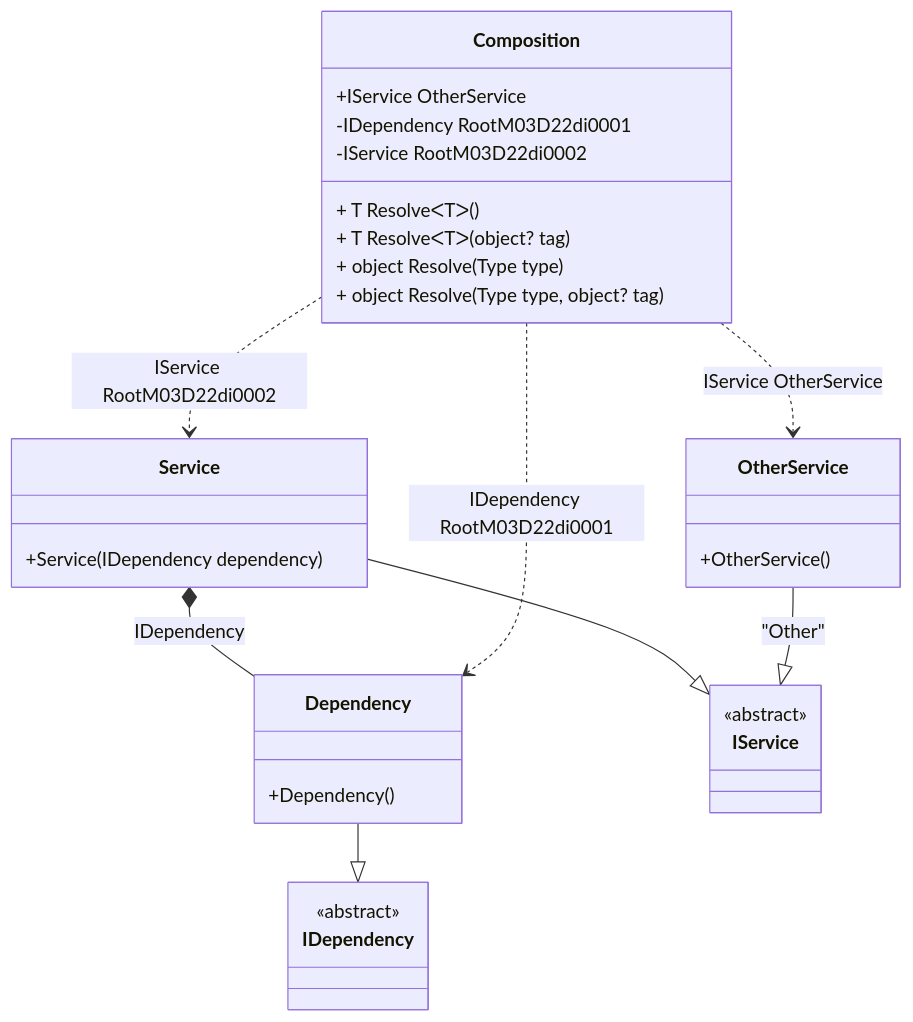
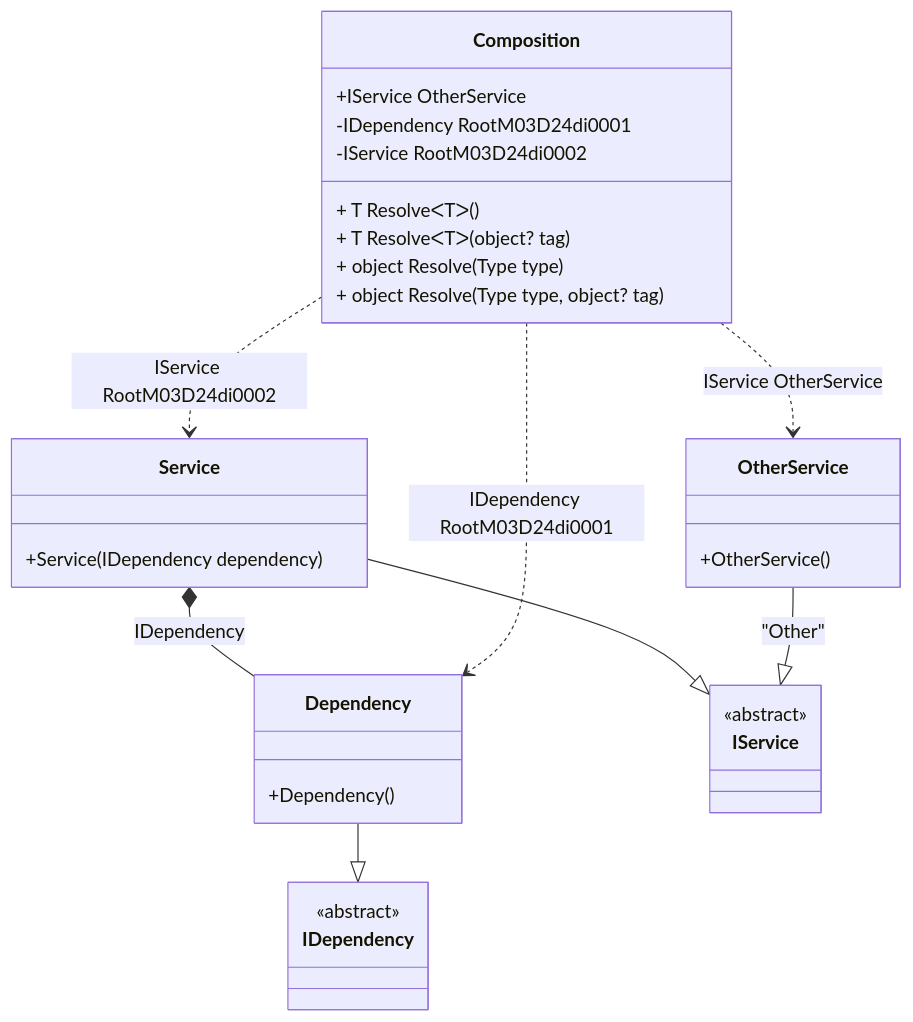
The diagram in readme/resolve-methods.md (DevTeam/Pure.DI), drawn with Mermaid before and after one commit. The commit also changed other lines of this file and 78 other files, not shown here.

````diff
--- a/readme/resolve-methods.md
+++ b/readme/resolve-methods.md
@@ -45,34 +45,34 @@
 ```mermaid
 classDiagram
   class Composition {
     +IService OtherService
-    -IDependency RootM03D22di0001
-    -IService RootM03D22di0002
+    -IDependency RootM03D24di0001
+    -IService RootM03D24di0002
     + T ResolveᐸTᐳ()
     + T ResolveᐸTᐳ(object? tag)
     + object Resolve(Type type)
     + object Resolve(Type type, object? tag)
   }
   Dependency --|> IDependency : 
   class Dependency {
     +Dependency()
   }
   Service --|> IService : 
   class Service {
     +Service(IDependency dependency)
   }
   OtherService --|> IService : "Other" 
   class OtherService {
     +OtherService()
   }
   class IDependency {
     <<abstract>>
   }
   class IService {
     <<abstract>>
   }
   Service *--  Dependency : IDependency
-  Composition ..> Dependency : IDependency RootM03D22di0001
-  Composition ..> Service : IService RootM03D22di0002
+  Composition ..> Dependency : IDependency RootM03D24di0001
+  Composition ..> Service : IService RootM03D24di0002
   Composition ..> OtherService : IService OtherService
 ```
````
